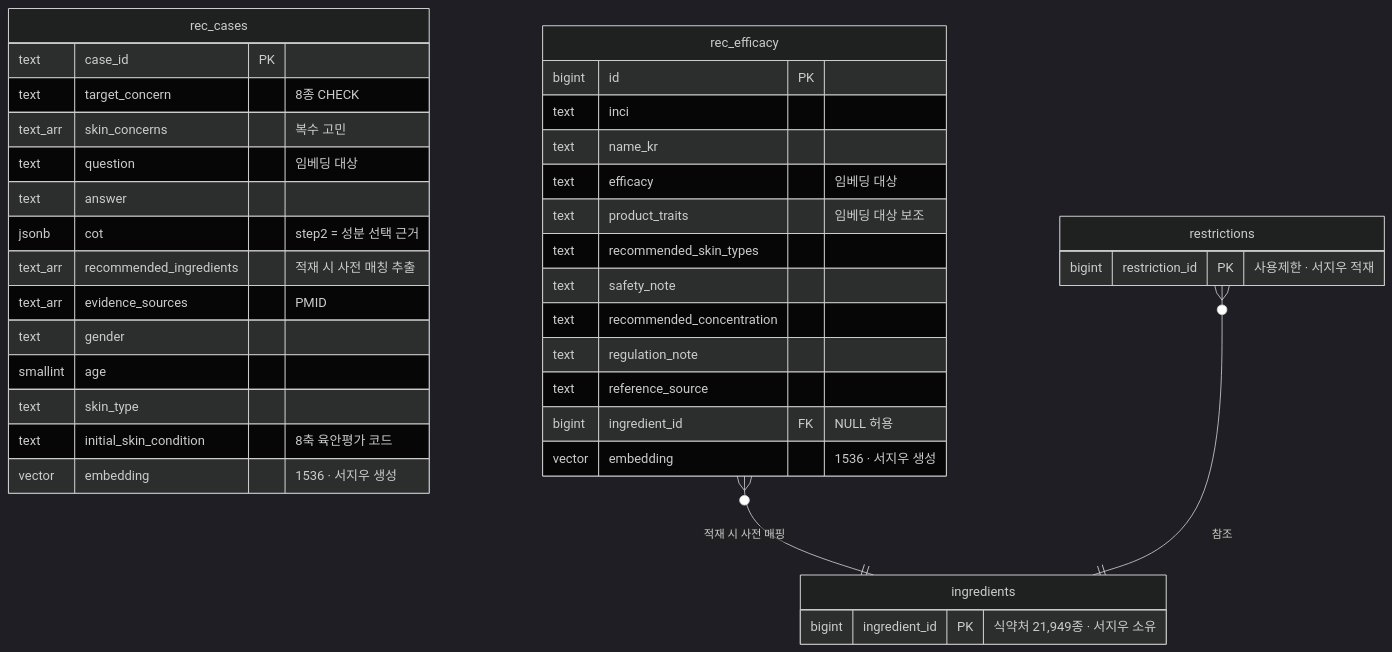
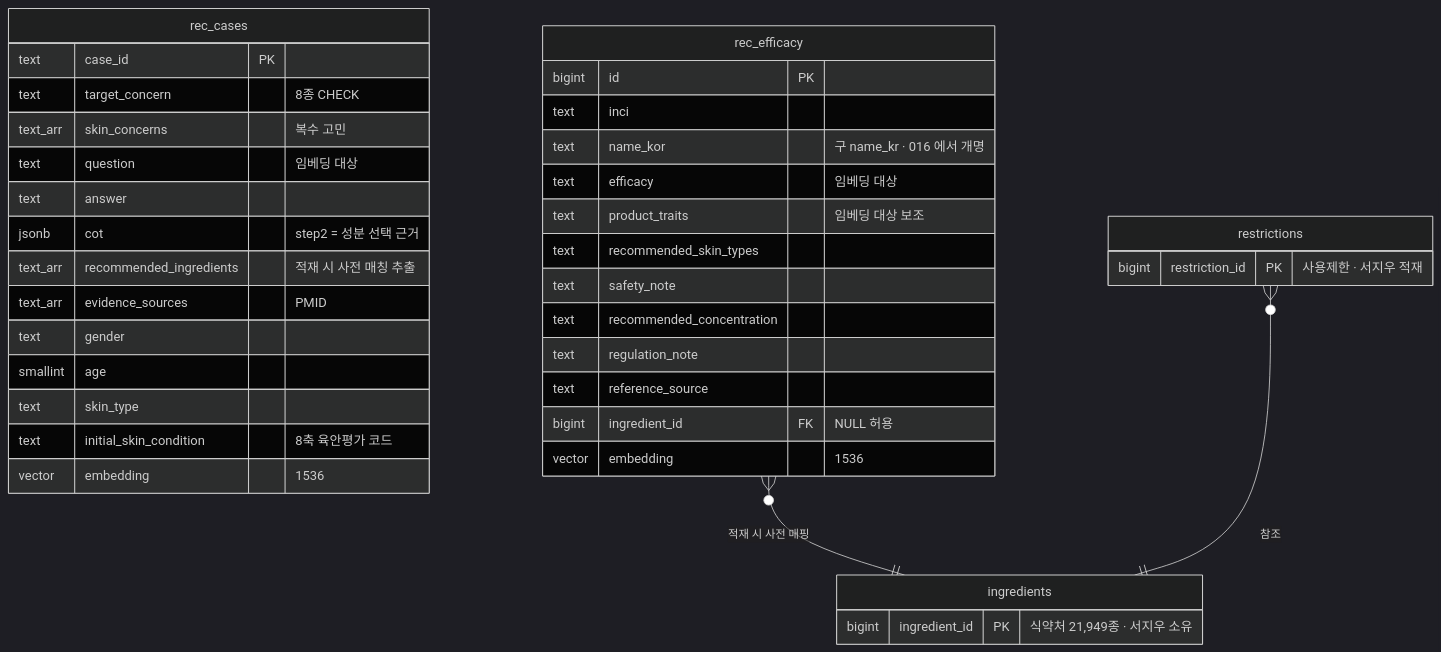
Before and after one commit to cosmos-incicrew/cosmos_server: the diagram in docs/design/02-recommendations-data-spec.md, drawn with Mermaid (dark theme). The commit also changed other lines of this file and 4 other files, not shown here.

````diff
--- a/docs/design/02-recommendations-data-spec.md
+++ b/docs/design/02-recommendations-data-spec.md
@@ -61,40 +49,40 @@
 ```mermaid
 erDiagram
     rec_cases {
         text case_id PK
         text target_concern "8종 CHECK"
         text_arr skin_concerns "복수 고민"
         text question "임베딩 대상"
         text answer
         jsonb cot "step2 = 성분 선택 근거"
         text_arr recommended_ingredients "적재 시 사전 매칭 추출"
         text_arr evidence_sources "PMID"
         text gender
         smallint age
         text skin_type
         text initial_skin_condition "8축 육안평가 코드"
-        vector embedding "1536 · 서지우 생성"
+        vector embedding "1536"
     }
     rec_efficacy {
         bigint id PK
         text inci
-        text name_kr
+        text name_kor "구 name_kr · 016 에서 개명"
         text efficacy "임베딩 대상"
         text product_traits "임베딩 대상 보조"
         text recommended_skin_types
         text safety_note
         text recommended_concentration
         text regulation_note
         text reference_source
         bigint ingredient_id FK "NULL 허용"
-        vector embedding "1536 · 서지우 생성"
+        vector embedding "1536"
     }
     ingredients {
         bigint ingredient_id PK "식약처 21,949종 · 서지우 소유"
     }
     restrictions {
         bigint restriction_id PK "사용제한 · 서지우 적재"
     }
     rec_efficacy }o--|| ingredients : "적재 시 사전 매핑"
     restrictions }o--|| ingredients : "참조"
 ```
````
